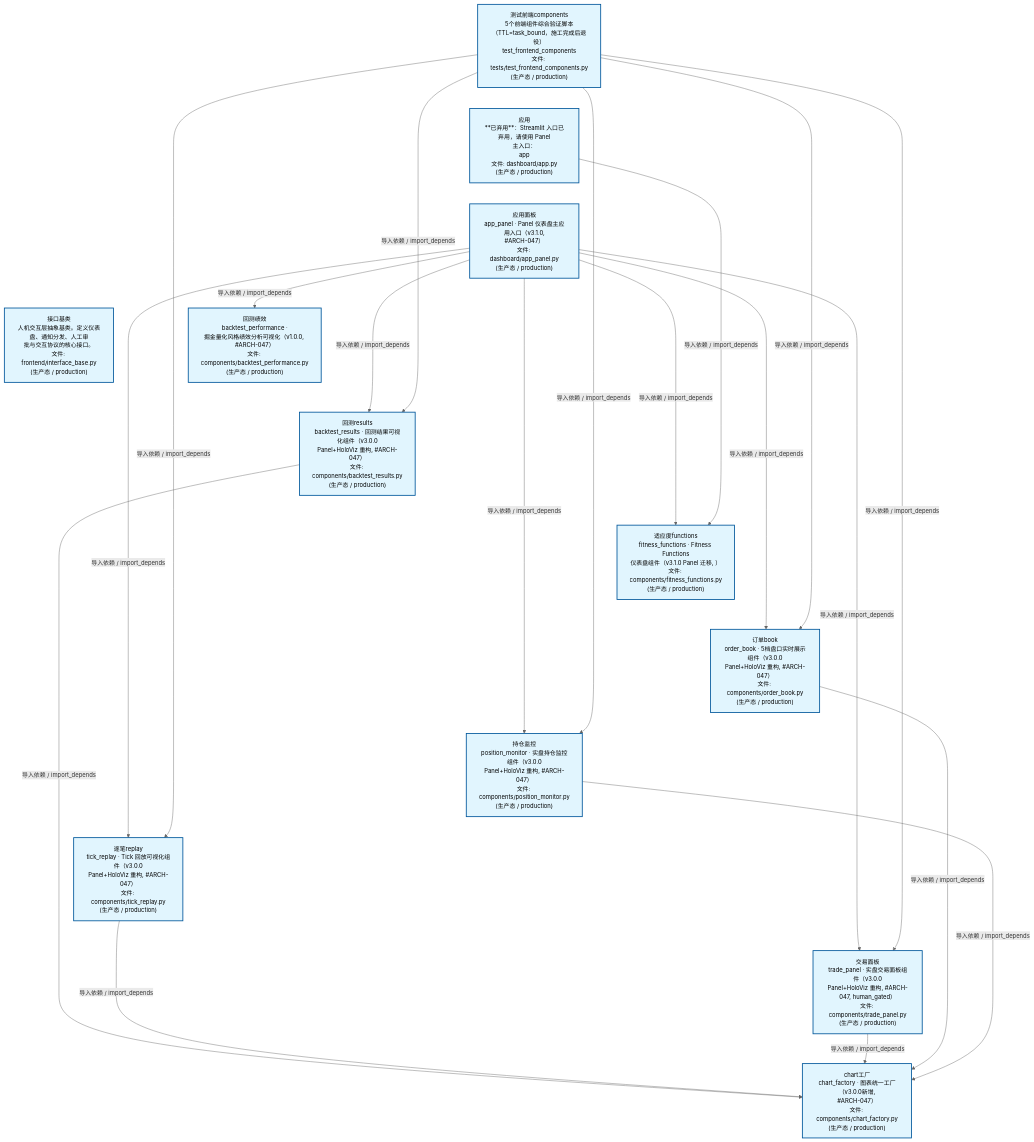
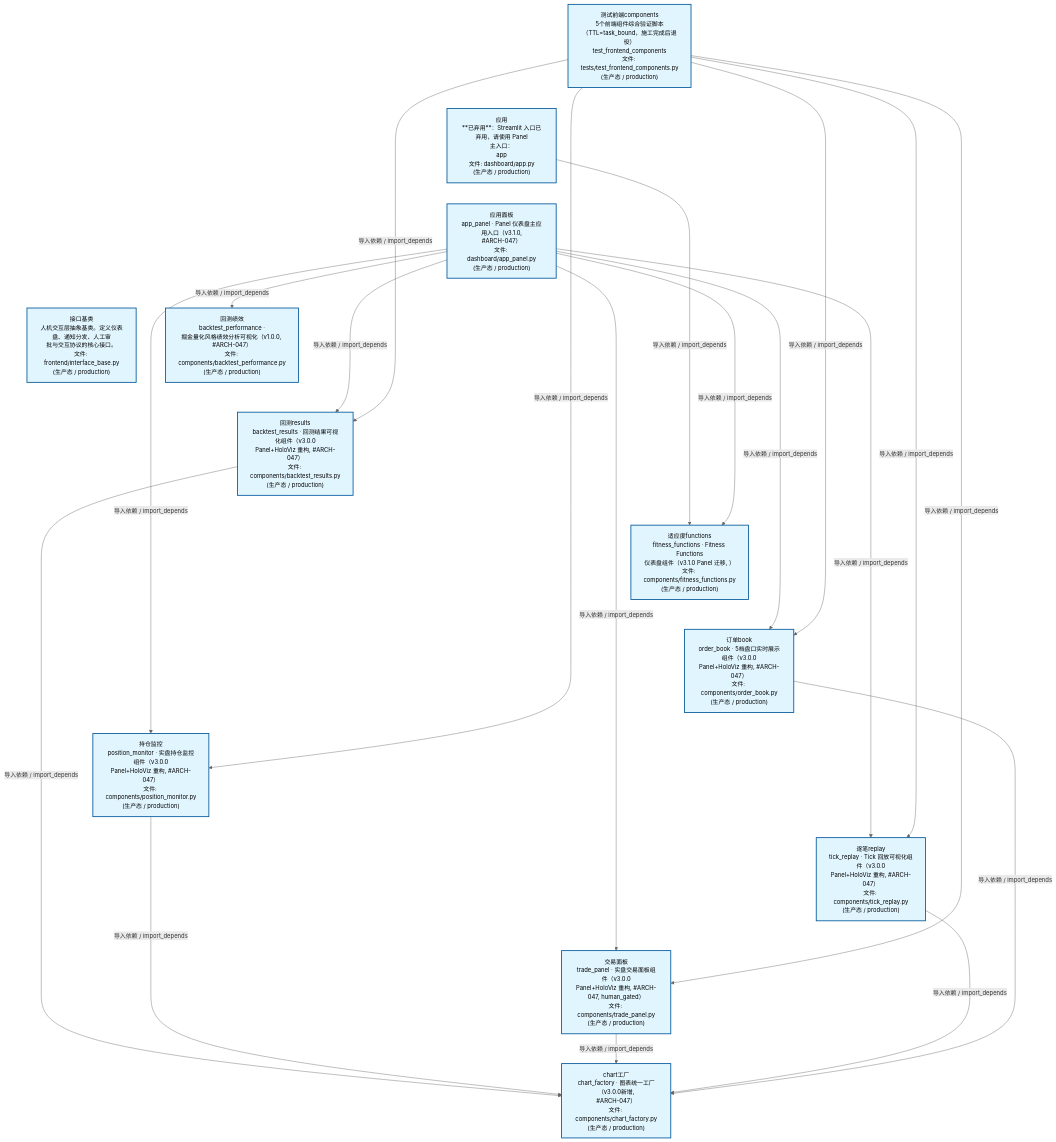
Before and after one commit to xuanFelixVan/ZephyrAlpha: the second of 4 diagrams in docs/02_enterprise_architecture/02_domain_architecture_docs/47_d_frontend.md, drawn with Mermaid. The commit also changed other lines of this file and 37 other files, not shown here.

````diff
--- a/docs/02_enterprise_architecture/02_domain_architecture_docs/47_d_frontend.md
+++ b/docs/02_enterprise_architecture/02_domain_architecture_docs/47_d_frontend.md
@@ -124,48 +124,48 @@
 ```mermaid
 %%{init: {'theme': 'base', 'themeVariables': {'primaryColor': '#eaeaea', 'primaryTextColor': '#333333', 'primaryBorderColor': '#666666', 'lineColor': '#666666', 'secondaryColor': '#eaeaea', 'tertiaryColor': '#eaeaea', 'fontSize': '14px'}}}%%
 flowchart TD
     scripts_tests_test_frontend_components_py["测试前端components<br/>5个前端组件综合验证脚本<br/>（TTL=task_bound，施工完成后退役）<br/>test_frontend_components<br/>文件: tests/test_frontend_components.py<br/>(生产态 / production)"]
     src_zephyr_frontend_dashboard_app_py["应用<br/>**已弃用**：Streamlit 入口已弃用，请使用 Panel<br/>主入口：<br/>app<br/>文件: dashboard/app.py<br/>(生产态 / production)"]
     src_zephyr_frontend_dashboard_app_panel_py["应用面板<br/>app_panel · Panel 仪表盘主应用入口（v3.1.0,<br/>#ARCH-047）<br/>文件: dashboard/app_panel.py<br/>(生产态 / production)"]
     src_zephyr_frontend_interface_base_py["接口基类<br/>人机交互层抽象基类。定义仪表盘、通知分发、人工审<br/>批与交互协议的核心接口。<br/>文件: frontend/interface_base.py<br/>(生产态 / production)"]
     scripts_tests_test_frontend_components_py ~~~ src_zephyr_frontend_dashboard_app_py
     src_zephyr_frontend_dashboard_app_py ~~~ src_zephyr_frontend_dashboard_app_panel_py
     src_zephyr_frontend_dashboard_app_panel_py ~~~ src_zephyr_frontend_interface_base_py
     src_zephyr_frontend_dashboard_components_backtest_performance_py["回测绩效<br/>backtest_performance ·<br/>掘金量化风格绩效分析可视化（v1.0.0, #ARCH-047）<br/>文件: components/backtest_performance.py<br/>(生产态 / production)"]
     src_zephyr_frontend_dashboard_components_backtest_results_py["回测results<br/>backtest_results · 回测结果可视化组件（v3.0.0<br/>Panel+HoloViz 重构, #ARCH-047）<br/>文件: components/backtest_results.py<br/>(生产态 / production)"]
     src_zephyr_frontend_dashboard_components_fitness_functions_py["适应度functions<br/>fitness_functions · Fitness Functions<br/>仪表盘组件（v3.1.0 Panel 迁移, ）<br/>文件: components/fitness_functions.py<br/>(生产态 / production)"]
     src_zephyr_frontend_dashboard_components_order_book_py["订单book<br/>order_book · 5档盘口实时展示组件（v3.0.0<br/>Panel+HoloViz 重构, #ARCH-047）<br/>文件: components/order_book.py<br/>(生产态 / production)"]
     src_zephyr_frontend_dashboard_components_position_monitor_py["持仓监控<br/>position_monitor · 实盘持仓监控组件（v3.0.0<br/>Panel+HoloViz 重构, #ARCH-047）<br/>文件: components/position_monitor.py<br/>(生产态 / production)"]
     src_zephyr_frontend_dashboard_components_tick_replay_py["逐笔replay<br/>tick_replay · Tick 回放可视化组件（v3.0.0<br/>Panel+HoloViz 重构, #ARCH-047）<br/>文件: components/tick_replay.py<br/>(生产态 / production)"]
     src_zephyr_frontend_dashboard_components_trade_panel_py["交易面板<br/>trade_panel · 实盘交易面板组件（v3.0.0<br/>Panel+HoloViz 重构, #ARCH-047, human_gated）<br/>文件: components/trade_panel.py<br/>(生产态 / production)"]
     src_zephyr_frontend_dashboard_components_backtest_performance_py ~~~ src_zephyr_frontend_dashboard_components_backtest_results_py
     src_zephyr_frontend_dashboard_components_backtest_results_py ~~~ src_zephyr_frontend_dashboard_components_fitness_functions_py
     src_zephyr_frontend_dashboard_components_fitness_functions_py ~~~ src_zephyr_frontend_dashboard_components_order_book_py
     src_zephyr_frontend_dashboard_components_order_book_py ~~~ src_zephyr_frontend_dashboard_components_position_monitor_py
     src_zephyr_frontend_dashboard_components_position_monitor_py ~~~ src_zephyr_frontend_dashboard_components_tick_replay_py
     src_zephyr_frontend_dashboard_components_tick_replay_py ~~~ src_zephyr_frontend_dashboard_components_trade_panel_py
     src_zephyr_frontend_dashboard_components_chart_factory_py["chart工厂<br/>chart_factory · 图表统一工厂（v3.0.0新增,<br/>#ARCH-047）<br/>文件: components/chart_factory.py<br/>(生产态 / production)"]
+    src_zephyr_frontend_dashboard_components_backtest_results_py -->|导入依赖 / import_depends| src_zephyr_frontend_dashboard_components_chart_factory_py
+    src_zephyr_frontend_dashboard_app_py -->|导入依赖 / import_depends| src_zephyr_frontend_dashboard_components_fitness_functions_py
     src_zephyr_frontend_dashboard_app_panel_py -->|导入依赖 / import_depends| src_zephyr_frontend_dashboard_components_backtest_results_py
     src_zephyr_frontend_dashboard_app_panel_py -->|导入依赖 / import_depends| src_zephyr_frontend_dashboard_components_backtest_performance_py
     src_zephyr_frontend_dashboard_app_panel_py -->|导入依赖 / import_depends| src_zephyr_frontend_dashboard_components_fitness_functions_py
+    src_zephyr_frontend_dashboard_app_panel_py -->|导入依赖 / import_depends| src_zephyr_frontend_dashboard_components_position_monitor_py
+    src_zephyr_frontend_dashboard_app_panel_py -->|导入依赖 / import_depends| src_zephyr_frontend_dashboard_components_trade_panel_py
     src_zephyr_frontend_dashboard_app_panel_py -->|导入依赖 / import_depends| src_zephyr_frontend_dashboard_components_tick_replay_py
-    src_zephyr_frontend_dashboard_app_panel_py -->|导入依赖 / import_depends| src_zephyr_frontend_dashboard_components_trade_panel_py
     src_zephyr_frontend_dashboard_app_panel_py -->|导入依赖 / import_depends| src_zephyr_frontend_dashboard_components_order_book_py
-    src_zephyr_frontend_dashboard_app_panel_py -->|导入依赖 / import_depends| src_zephyr_frontend_dashboard_components_position_monitor_py
-    src_zephyr_frontend_dashboard_app_py -->|导入依赖 / import_depends| src_zephyr_frontend_dashboard_components_fitness_functions_py
-    src_zephyr_frontend_dashboard_components_backtest_results_py -->|导入依赖 / import_depends| src_zephyr_frontend_dashboard_components_chart_factory_py
+    src_zephyr_frontend_dashboard_components_position_monitor_py -->|导入依赖 / import_depends| src_zephyr_frontend_dashboard_components_chart_factory_py
+    src_zephyr_frontend_dashboard_components_trade_panel_py -->|导入依赖 / import_depends| src_zephyr_frontend_dashboard_components_chart_factory_py
     src_zephyr_frontend_dashboard_components_tick_replay_py -->|导入依赖 / import_depends| src_zephyr_frontend_dashboard_components_chart_factory_py
-    src_zephyr_frontend_dashboard_components_trade_panel_py -->|导入依赖 / import_depends| src_zephyr_frontend_dashboard_components_chart_factory_py
     src_zephyr_frontend_dashboard_components_order_book_py -->|导入依赖 / import_depends| src_zephyr_frontend_dashboard_components_chart_factory_py
-    src_zephyr_frontend_dashboard_components_position_monitor_py -->|导入依赖 / import_depends| src_zephyr_frontend_dashboard_components_chart_factory_py
     scripts_tests_test_frontend_components_py -->|导入依赖 / import_depends| src_zephyr_frontend_dashboard_components_backtest_results_py
+    scripts_tests_test_frontend_components_py -->|导入依赖 / import_depends| src_zephyr_frontend_dashboard_components_position_monitor_py
+    scripts_tests_test_frontend_components_py -->|导入依赖 / import_depends| src_zephyr_frontend_dashboard_components_trade_panel_py
     scripts_tests_test_frontend_components_py -->|导入依赖 / import_depends| src_zephyr_frontend_dashboard_components_tick_replay_py
-    scripts_tests_test_frontend_components_py -->|导入依赖 / import_depends| src_zephyr_frontend_dashboard_components_trade_panel_py
     scripts_tests_test_frontend_components_py -->|导入依赖 / import_depends| src_zephyr_frontend_dashboard_components_order_book_py
-    scripts_tests_test_frontend_components_py -->|导入依赖 / import_depends| src_zephyr_frontend_dashboard_components_position_monitor_py
     classDef production fill:#e1f5fe,stroke:#01579b,stroke-width:2px,color:#000
     classDef design fill:#fff3e0,stroke:#e65100,stroke-width:2px,color:#000,stroke-dasharray: 5 5
     classDef external_prod fill:#e8f4fd,stroke:#0277bd,stroke-width:1px,color:#000
     classDef external_design fill:#fff8e7,stroke:#ef6c00,stroke-width:1px,color:#000,stroke-dasharray: 5 5
     class scripts_tests_test_frontend_components_py,src_zephyr_frontend_dashboard_app_py,src_zephyr_frontend_dashboard_app_panel_py,src_zephyr_frontend_dashboard_components_backtest_performance_py,src_zephyr_frontend_dashboard_components_backtest_results_py,src_zephyr_frontend_dashboard_components_chart_factory_py,src_zephyr_frontend_dashboard_components_fitness_functions_py,src_zephyr_frontend_dashboard_components_order_book_py,src_zephyr_frontend_dashboard_components_position_monitor_py,src_zephyr_frontend_dashboard_components_tick_replay_py,src_zephyr_frontend_dashboard_components_trade_panel_py,src_zephyr_frontend_interface_base_py production
 ```
````
